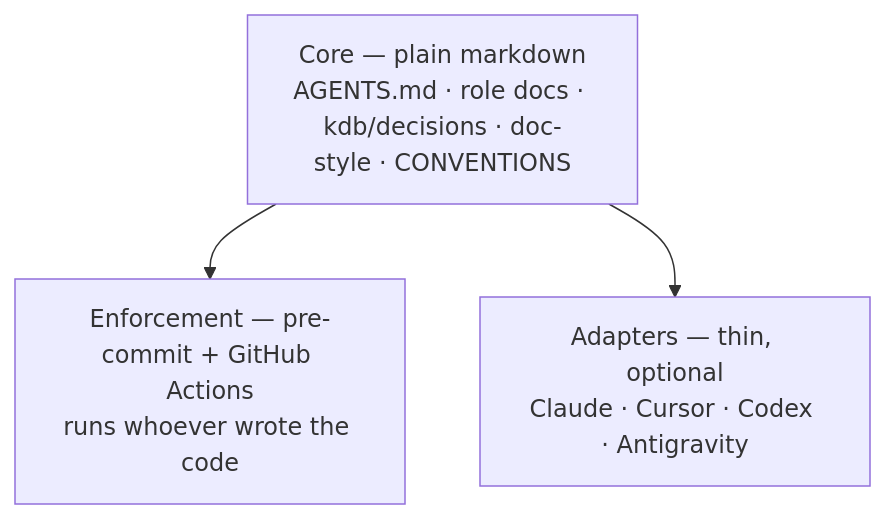
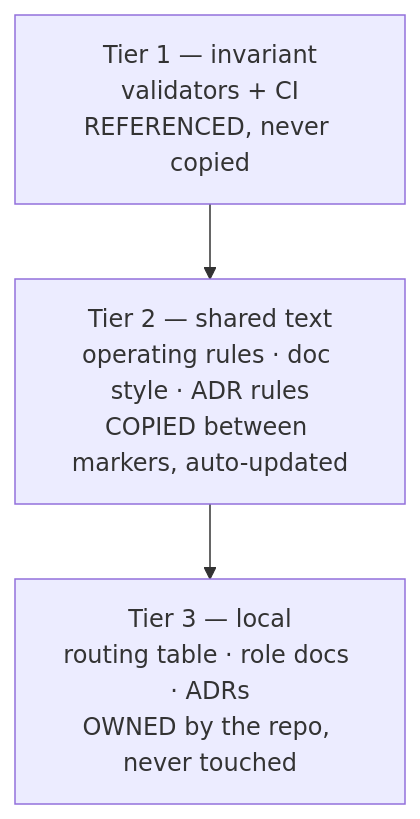
The diagram in docs/plans/agent-kit-extraction.md (sibling-shipyard/coach-hq), drawn with Mermaid before and after one commit. The commit also changed other lines of this file, not shown here.

Commit message:
core: split agent-kit by ownership so improvements propagate

````diff
--- a/docs/plans/agent-kit-extraction.md
+++ b/docs/plans/agent-kit-extraction.md
@@ -20,8 +21,7 @@
 ```mermaid
 flowchart TD
-  core["Core — plain markdown<br/>AGENTS.md · role docs · kdb/decisions · doc-style · CONVENTIONS"]
-  enf["Enforcement — pre-commit + GitHub Actions<br/>runs whoever wrote the code"]
-  ad["Adapters — thin, optional<br/>Claude · Cursor · Codex · Antigravity"]
-  core --> enf
-  core --> ad
+  inv["Tier 1 — invariant<br/>validators + CI<br/>REFERENCED, never copied"]
+  man["Tier 2 — shared text<br/>operating rules · doc style · ADR rules<br/>COPIED between markers, auto-updated"]
+  loc["Tier 3 — local<br/>routing table · role docs · ADRs<br/>OWNED by the repo, never touched"]
+  inv --> man --> loc
 ```
````
